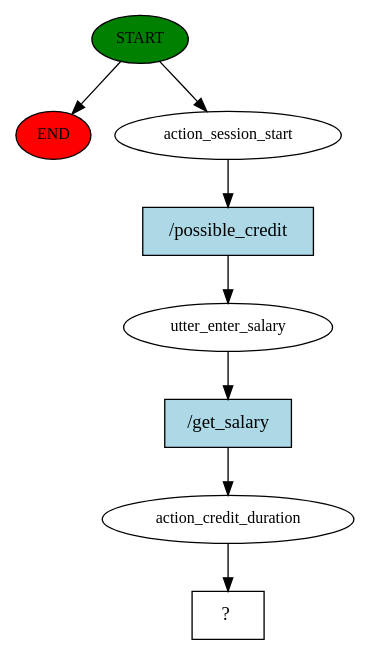
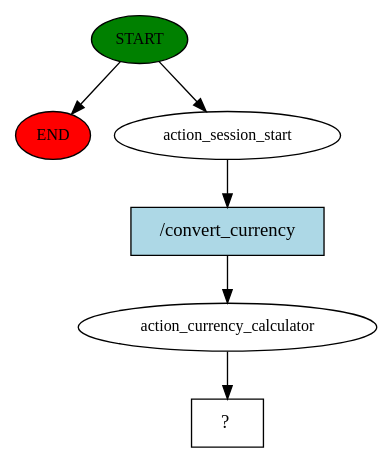
One commit to 2nour/PI-Rasa-chatbot changed the diagram in story_graph.dot. Above: the diagram before and after it, drawn with Graphviz. The commit also changed 300 other files, not shown here.

```diff
--- a/story_graph.dot
+++ b/story_graph.dot
@@ -1,17 +1,13 @@
 digraph  {
 0 [class="start active", fillcolor=green, fontsize=12, label=START, style=filled];
 "-1" [class=end, fillcolor=red, fontsize=12, label=END, style=filled];
 1 [class=active, fontsize=12, label=action_session_start];
-2 [class=active, fontsize=12, label=utter_enter_salary];
-3 [class=active, fontsize=12, label=action_credit_duration];
-4 [class="intent dashed active", label="  ?  ", shape=rect];
-5 [class="intent active", fillcolor=lightblue, label="/possible_credit", shape=rect, style=filled];
-6 [class="intent active", fillcolor=lightblue, label="/get_salary", shape=rect, style=filled];
+2 [class=active, fontsize=12, label=action_currency_calculator];
+3 [class="intent dashed active", label="  ?  ", shape=rect];
+4 [class="intent active", fillcolor=lightblue, label="/convert_currency", shape=rect, style=filled];
 0 -> "-1"  [class="", key=NONE, label=""];
 0 -> 1  [class=active, key=NONE, label=""];
-1 -> 5  [class=active, key=0];
-2 -> 6  [class=active, key=0];
-3 -> 4  [class=active, key=NONE, label=""];
-5 -> 2  [class=active, key=0];
-6 -> 3  [class=active, key=0];
+1 -> 4  [class=active, key=0];
+2 -> 3  [class=active, key=NONE, label=""];
+4 -> 2  [class=active, key=0];
 }
```
